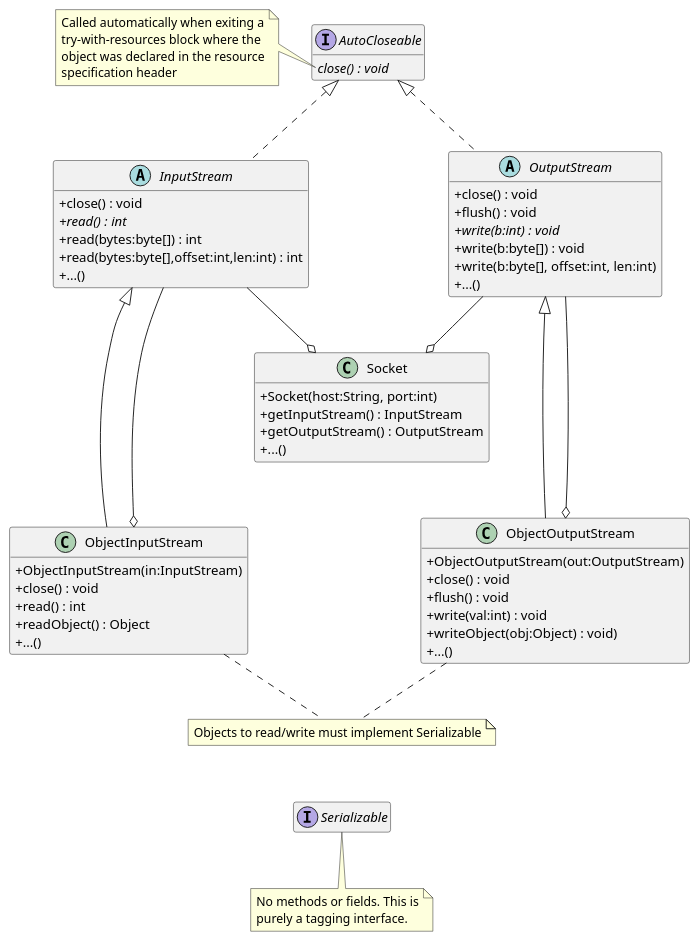
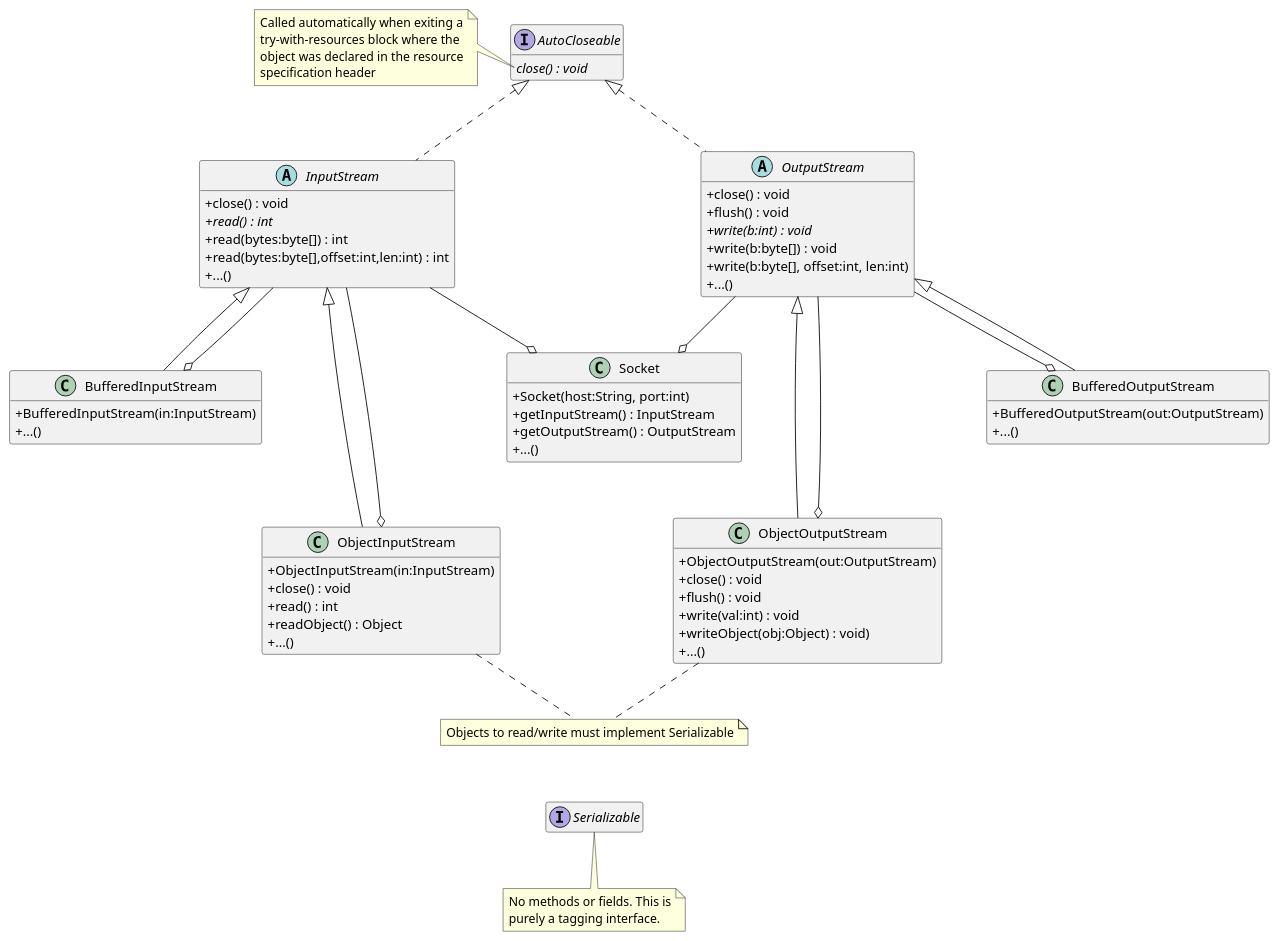
One commit to dtuinstr/ObjectSocketDemo changed the diagram in uml/ObjectStreams.puml. Above: the diagram before and after it, drawn with PlantUML.

Commit message:
Add buffered streams.

```diff
--- a/uml/ObjectStreams.puml
+++ b/uml/ObjectStreams.puml
@@ -1,88 +1,106 @@
 @startuml
 'https://plantuml.com/class-diagram
 skinparam classAttributeIconSize 0
 hide empty members
 
 AutoCloseable <|.. InputStream
 AutoCloseable <|.. OutputStream
+
+InputStream <|-- BufferedInputStream
+InputStream --o BufferedInputStream
+
 InputStream <|-- ObjectInputStream
 ObjectInputStream o-- InputStream
 InputStream .. Spacer1
 Spacer1 .. ObjectInputStream
 hide Spacer1
+
 OutputStream <|-- ObjectOutputStream
 ObjectOutputStream o-- OutputStream
 OutputStream .. Spacer2
 Spacer2 .. ObjectOutputStream
 hide Spacer2
+OutputStream --o BufferedOutputStream
+OutputStream <|-- BufferedOutputStream
+
 InputStream --o Socket
 OutputStream --o Socket
 
 note "Objects to read/write must implement Serializable" as N0
 ObjectInputStream .. N0
 ObjectOutputStream .. N0
 
 N0 -[hidden]- Serializable
 
 class Socket {
     + Socket(host:String, port:int)
     + getInputStream() : InputStream
     + getOutputStream() : OutputStream
     + ...()
 }
 
 interface Serializable
 note bottom of Serializable
     No methods or fields. This is
     purely a tagging interface.
 end note
 
 interface AutoCloseable {
     {abstract} close() : void
 }
 note left of AutoCloseable::close()
     Called automatically when exiting a
     try-with-resources block where the
     object was declared in the resource
     specification header
 end note
 
 abstract class InputStream {
 '    InputStream()
 '    ..
     +close() : void
     +{abstract} read() : int
     +read(bytes:byte[]) : int
     +read(bytes:byte[],offset:int,len:int) : int
     +...()
 }
 
+class BufferedInputStream {
+    + BufferedInputStream(in:InputStream)
+    + ...()
+}
+
 class ObjectInputStream {
     +ObjectInputStream(in:InputStream)
     +close() : void
     +read() : int
     +readObject() : Object
     +...()
 }
 
 abstract class OutputStream {
     +close() : void
     +flush() : void
     +{abstract} write(b:int) : void
     +write(b:byte[]) : void
     +write(b:byte[], offset:int, len:int)
     +...()
 }
 
+class BufferedOutputStream {
+    + BufferedOutputStream(out:OutputStream)
+    + ...()
+}
+
 class ObjectOutputStream {
     +ObjectOutputStream(out:OutputStream)
     +close() : void
     +flush() : void
     +write(val:int) : void
     +writeObject(obj:Object) : void)
     +...()
 }
 
 
 
 @enduml
```
